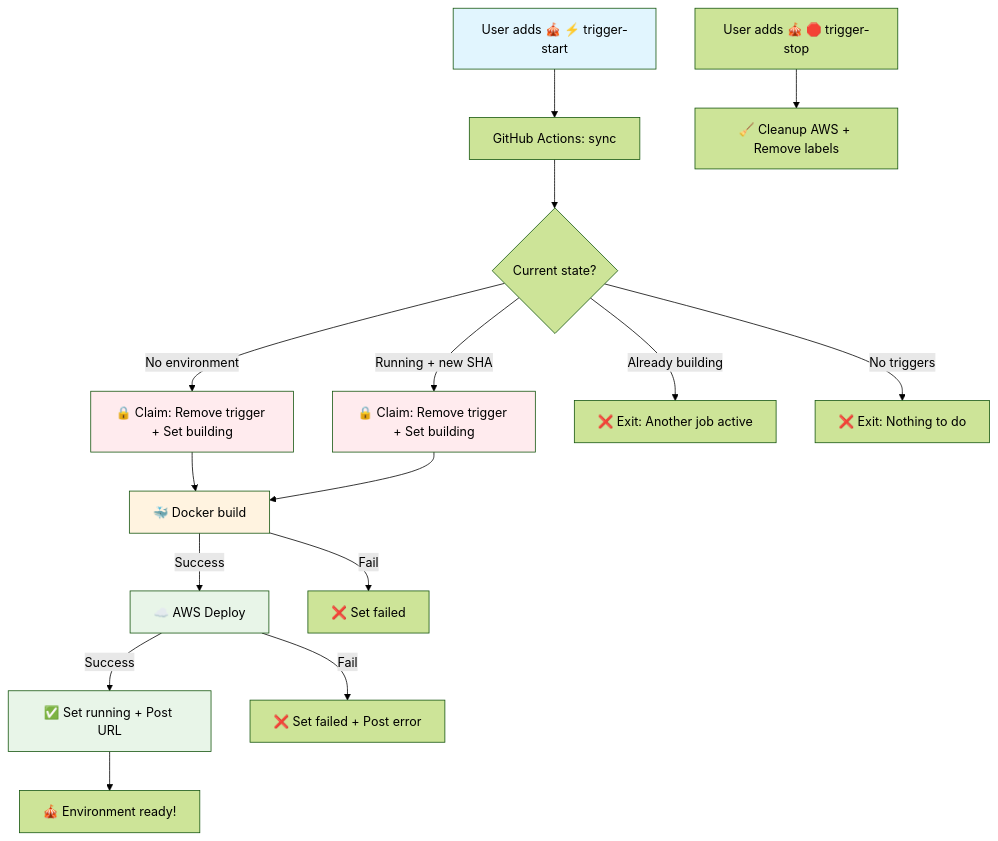
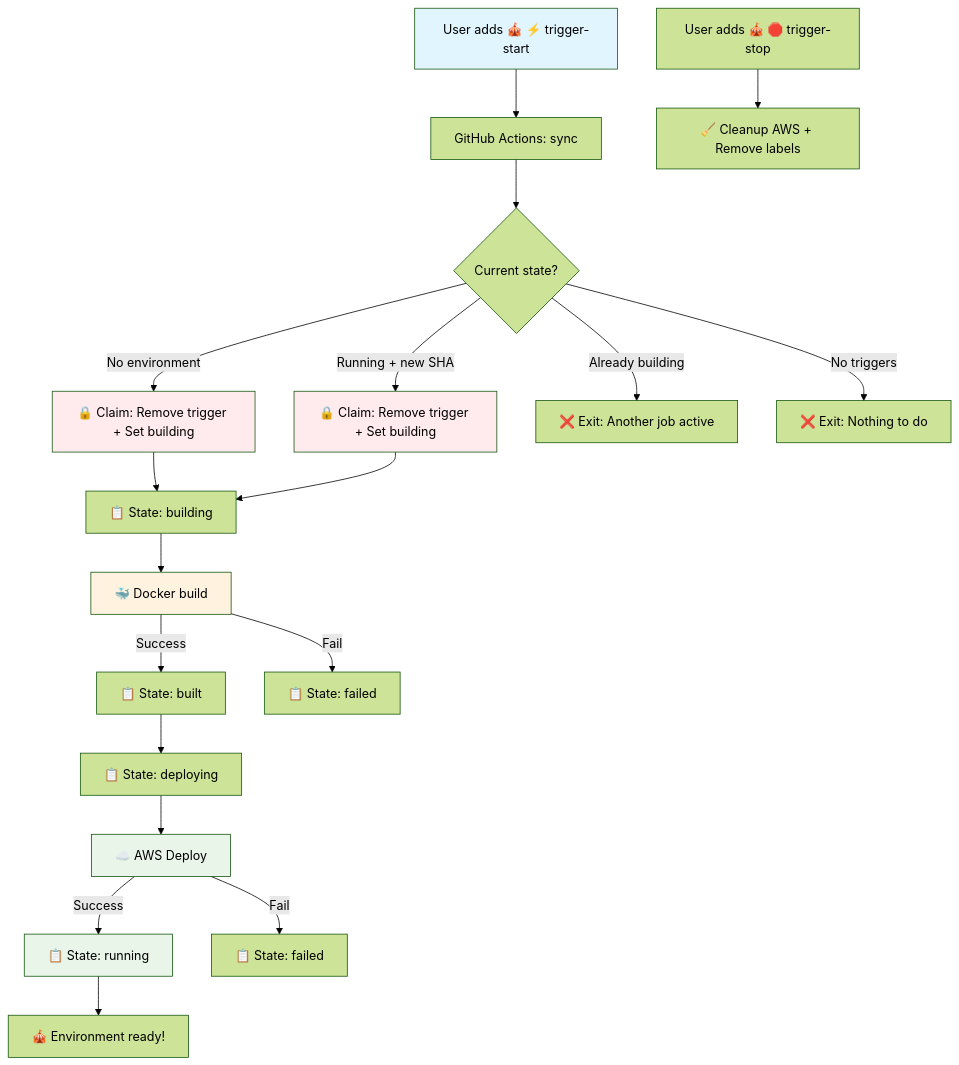
The diagram in README.md (mistercrunch/superset-showtime), drawn with Mermaid (forest theme) before and after one commit.

Commit message:
fix: show exact state progression in workflow diagram
- Add missing built and deploying states to DAG
- Show complete building→built→deploying→running→failed lifecycle
- Match exact state names from codebase implementation
- Clear progression: Docker build → built → AWS deploy → running

🤖 Generated with [Claude Code](https://claude.ai/code)

````diff
--- a/README.md
+++ b/README.md
@@ -53,29 +53,32 @@
 ```mermaid
 flowchart TD
     A[User adds 🎪 ⚡ trigger-start] --> B[GitHub Actions: sync]
     B --> C{Current state?}
 
     C -->|No environment| D[🔒 Claim: Remove trigger + Set building]
     C -->|Running + new SHA| E[🔒 Claim: Remove trigger + Set building]
     C -->|Already building| F[❌ Exit: Another job active]
     C -->|No triggers| G[❌ Exit: Nothing to do]
 
-    D --> H[🐳 Docker build]
+    D --> H[📋 State: building]
     E --> H
-    H -->|Success| I[☁️ AWS Deploy]
-    H -->|Fail| J[❌ Set failed]
+    H --> I[🐳 Docker build]
+    I -->|Success| J[📋 State: built]
+    I -->|Fail| K[📋 State: failed]
 
-    I -->|Success| K[✅ Set running + Post URL]
-    I -->|Fail| L[❌ Set failed + Post error]
+    J --> L[📋 State: deploying]
+    L --> M[☁️ AWS Deploy]
+    M -->|Success| N[📋 State: running]
+    M -->|Fail| O[📋 State: failed]
 
-    K --> M[🎪 Environment ready!]
+    N --> P[🎪 Environment ready!]
 
-    N[User adds 🎪 🛑 trigger-stop] --> O[🧹 Cleanup AWS + Remove labels]
+    Q[User adds 🎪 🛑 trigger-stop] --> R[🧹 Cleanup AWS + Remove labels]
 
     style A fill:#e1f5fe
     style D fill:#ffebee
     style E fill:#ffebee
-    style H fill:#fff3e0
-    style I fill:#e8f5e8
-    style K fill:#e8f5e8
+    style I fill:#fff3e0
+    style M fill:#e8f5e8
+    style N fill:#e8f5e8
 ```
````
